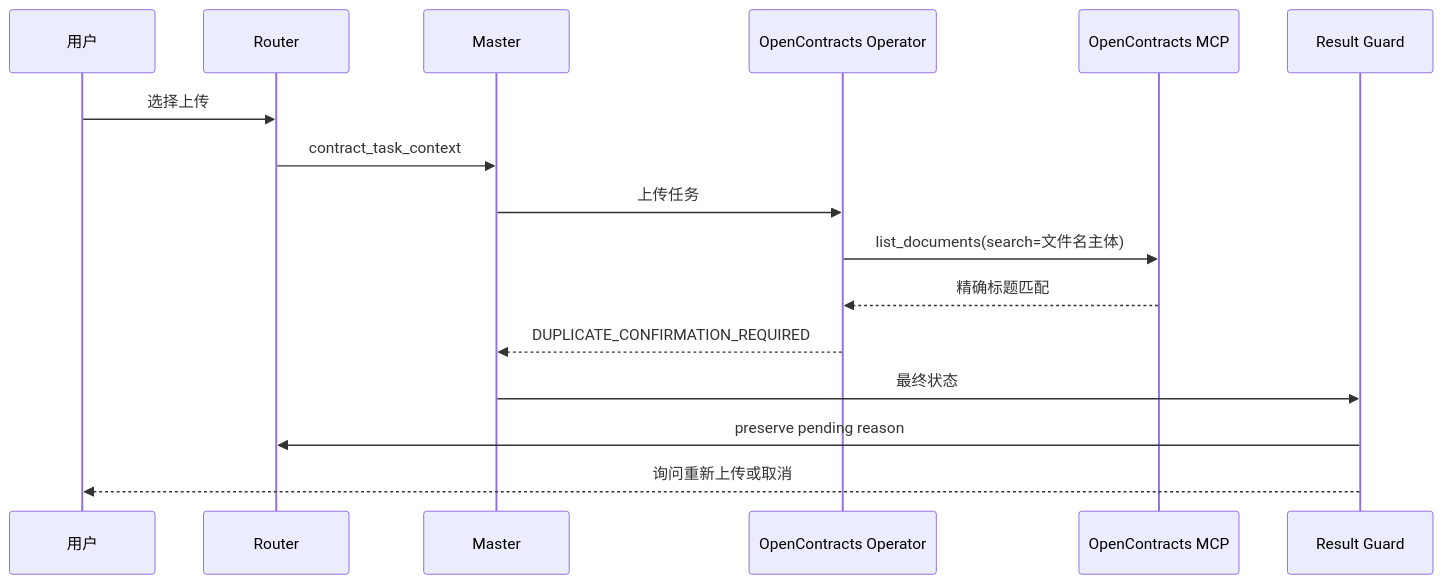
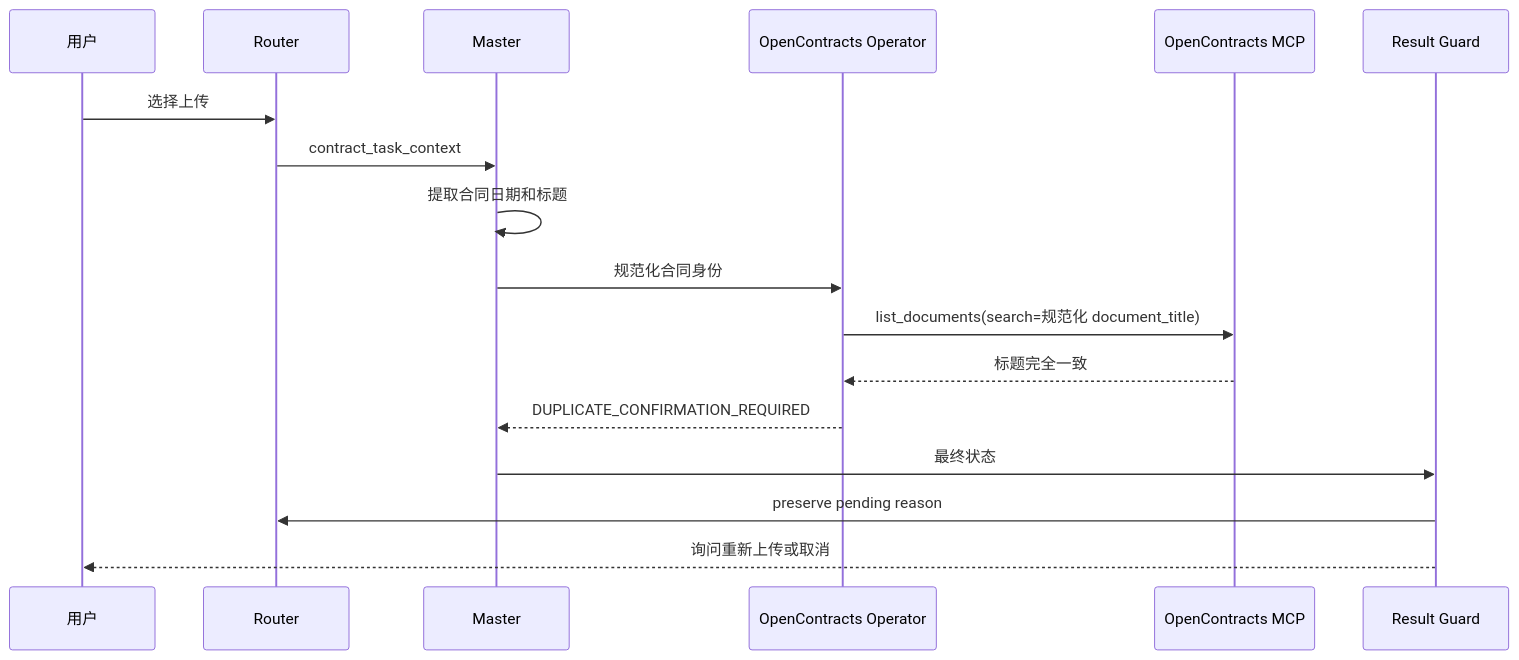
The second of 5 diagrams in docs/architecture/upload-sequence.md (Ri0n72Y/ContractBotConfig), drawn with Mermaid before and after one commit. The commit also changed other lines of this file, not shown here.

Commit message:
docs: add canonical identity and uncertain commit flow

````diff
--- a/docs/architecture/upload-sequence.md
+++ b/docs/architecture/upload-sequence.md
@@ -40,19 +41,20 @@
 ```mermaid
 sequenceDiagram
     participant U as 用户
     participant R as Router
     participant M as Master
     participant O as OpenContracts Operator
     participant MCP as OpenContracts MCP
     participant RG as Result Guard
 
     U->>R: 选择上传
     R->>M: contract_task_context
-    M->>O: 上传任务
-    O->>MCP: list_documents(search=文件名主体)
-    MCP-->>O: 精确标题匹配
+    M->>M: 提取合同日期和标题
+    M->>O: 规范化合同身份
+    O->>MCP: list_documents(search=规范化 document_title)
+    MCP-->>O: 标题完全一致
     O-->>M: DUPLICATE_CONFIRMATION_REQUIRED
     M->>RG: 最终状态
     RG->>R: preserve pending reason
     RG-->>U: 询问重新上传或取消
 ```
````
